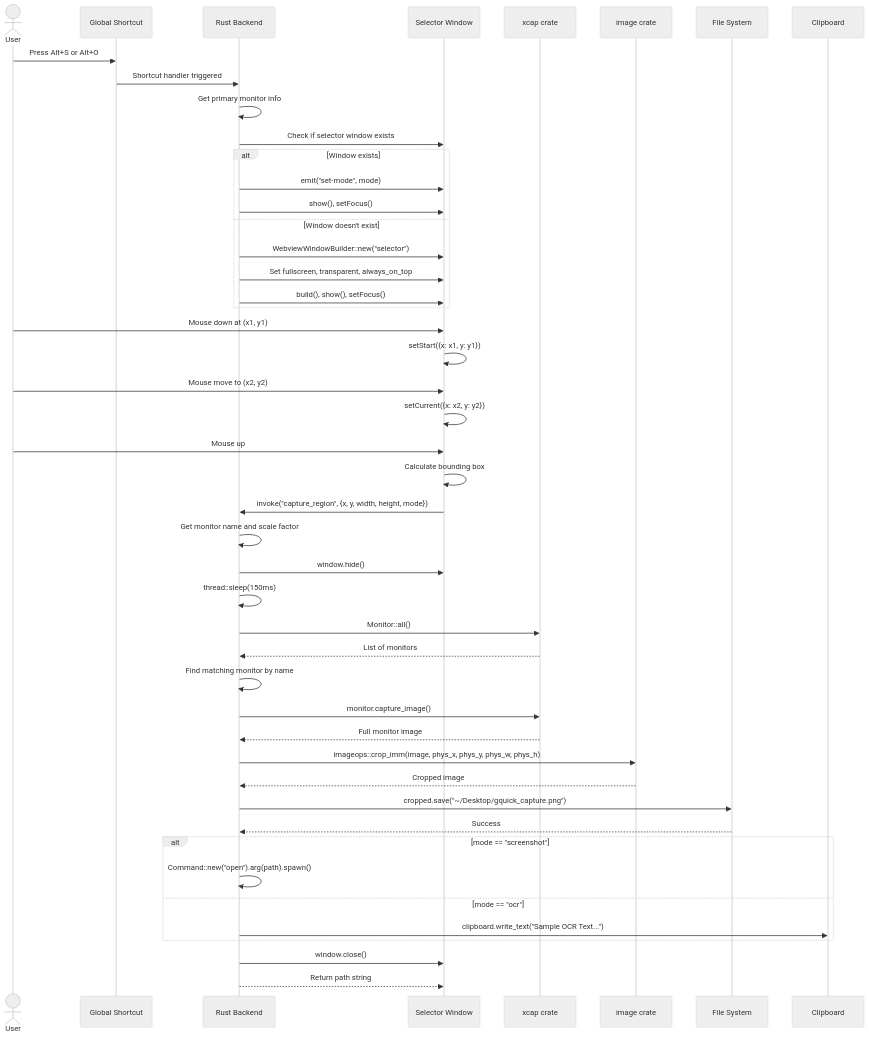
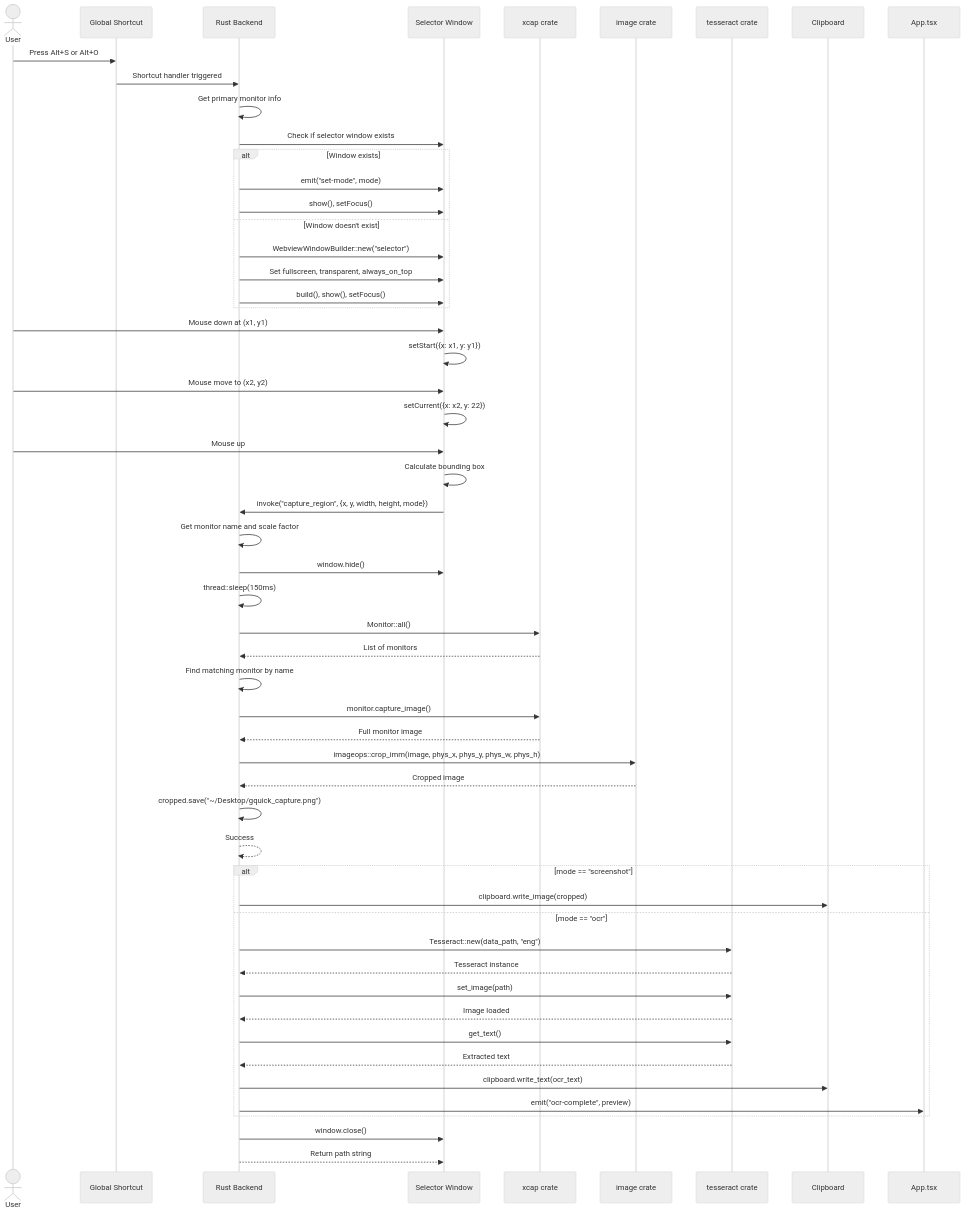
One commit to RickyDane/gquick changed the first of 9 diagrams in arch/api/sequences.md. Above: the diagram before and after it, drawn with Mermaid (neutral theme). The commit also changed other lines of this file and 39 other files, not shown here.

````diff
--- a/arch/api/sequences.md
+++ b/arch/api/sequences.md
@@ -5,55 +5,63 @@
 ```mermaid
 sequenceDiagram
     actor User
     participant GS as Global Shortcut
     participant Rust as Rust Backend
     participant Selector as Selector Window
     participant xcap as xcap crate
     participant Image as image crate
-    participant FS as File System
+    participant Tesseract as tesseract crate
     participant Clipboard as Clipboard
+    participant App as App.tsx
 
     User->>GS: Press Alt+S or Alt+O
     GS->>Rust: Shortcut handler triggered
     Rust->>Rust: Get primary monitor info
     Rust->>Selector: Check if selector window exists
 
     alt Window exists
         Rust->>Selector: emit("set-mode", mode)
         Rust->>Selector: show(), setFocus()
     else Window doesn't exist
         Rust->>Selector: WebviewWindowBuilder::new("selector")
         Rust->>Selector: Set fullscreen, transparent, always_on_top
         Rust->>Selector: build(), show(), setFocus()
     end
 
     User->>Selector: Mouse down at (x1, y1)
     Selector->>Selector: setStart({x: x1, y: y1})
     User->>Selector: Mouse move to (x2, y2)
-    Selector->>Selector: setCurrent({x: x2, y: y2})
+    Selector->>Selector: setCurrent({x: x2, y: 22})
     User->>Selector: Mouse up
     Selector->>Selector: Calculate bounding box
     Selector->>Rust: invoke("capture_region", {x, y, width, height, mode})
 
     Rust->>Rust: Get monitor name and scale factor
     Rust->>Selector: window.hide()
     Rust->>Rust: thread::sleep(150ms)
     Rust->>xcap: Monitor::all()
     xcap-->>Rust: List of monitors
     Rust->>Rust: Find matching monitor by name
     Rust->>xcap: monitor.capture_image()
     xcap-->>Rust: Full monitor image
     Rust->>Image: imageops::crop_imm(image, phys_x, phys_y, phys_w, phys_h)
     Image-->>Rust: Cropped image
-    Rust->>FS: cropped.save("~/Desktop/gquick_capture.png")
-    FS-->>Rust: Success
+    Rust->>Rust: cropped.save("~/Desktop/gquick_capture.png")
+    Rust-->>Rust: Success
 
     alt mode == "screenshot"
-        Rust->>Rust: Command::new("open").arg(path).spawn()
+        Rust->>Clipboard: clipboard.write_image(cropped)
     else mode == "ocr"
-        Rust->>Clipboard: clipboard.write_text("Sample OCR Text...")
+        Rust->>Tesseract: Tesseract::new(data_path, "eng")
+        Tesseract-->>Rust: Tesseract instance
+        Rust->>Tesseract: set_image(path)
+        Tesseract-->>Rust: Image loaded
+        Rust->>Tesseract: get_text()
+        Tesseract-->>Rust: Extracted text
+        Rust->>Clipboard: clipboard.write_text(ocr_text)
+        Rust->>App: emit("ocr-complete", preview)
     end
 
     Rust->>Selector: window.close()
     Rust-->>Selector: Return path string
 ```
````
